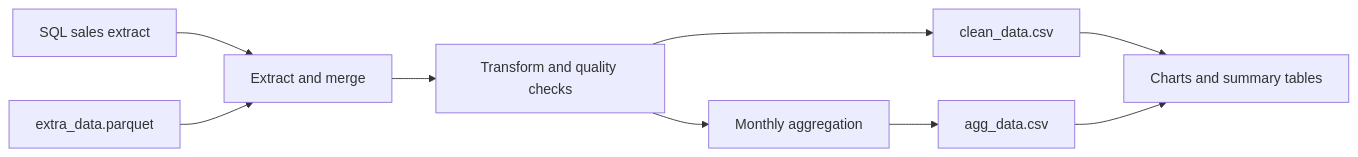
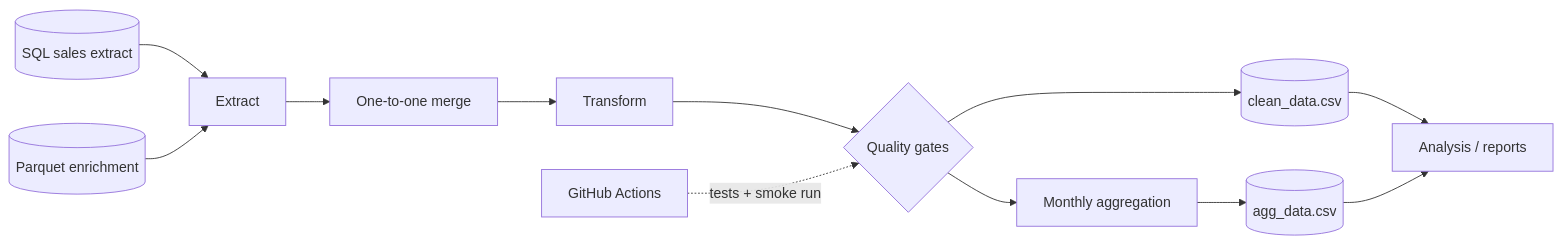
Before and after one commit to Danish-Mallick/walmart-ecommerce-sales-pipeline: the diagram in README.md, drawn with Mermaid. The commit also changed other lines of this file and 6 other files, not shown here.

````diff
--- a/README.md
+++ b/README.md
@@ -9,11 +15,14 @@
 ```mermaid
 flowchart LR
-    A[SQL sales extract] --> C[Extract and merge]
-    B[extra_data.parquet] --> C
-    C --> D[Transform and quality checks]
-    D --> E[Monthly aggregation]
-    D --> F[clean_data.csv]
-    E --> G[agg_data.csv]
-    F --> H[Charts and summary tables]
-    G --> H
+    A[(SQL sales extract)] --> C[Extract]
+    B[(Parquet enrichment)] --> C
+    C --> D[One-to-one merge]
+    D --> E[Transform]
+    E --> Q{Quality gates}
+    Q --> F[(clean_data.csv)]
+    Q --> G[Monthly aggregation]
+    G --> H[(agg_data.csv)]
+    F --> I[Analysis / reports]
+    H --> I
+    CI[GitHub Actions] -. tests + smoke run .-> Q
 ```
````
